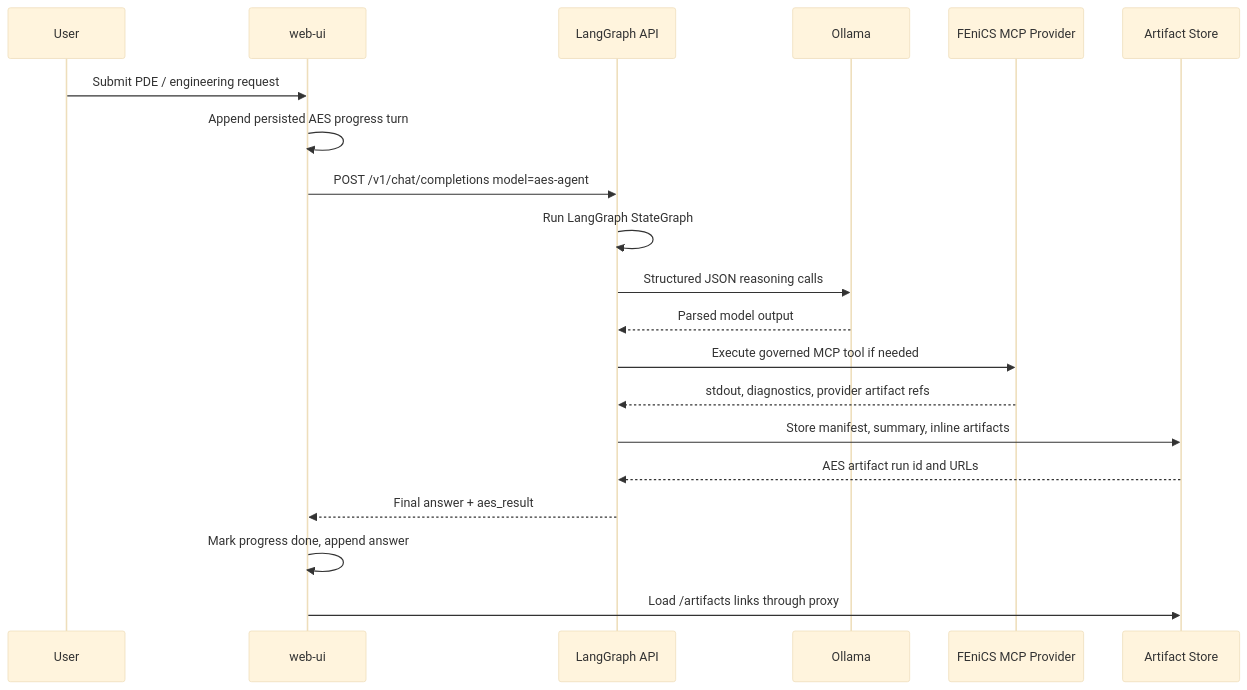
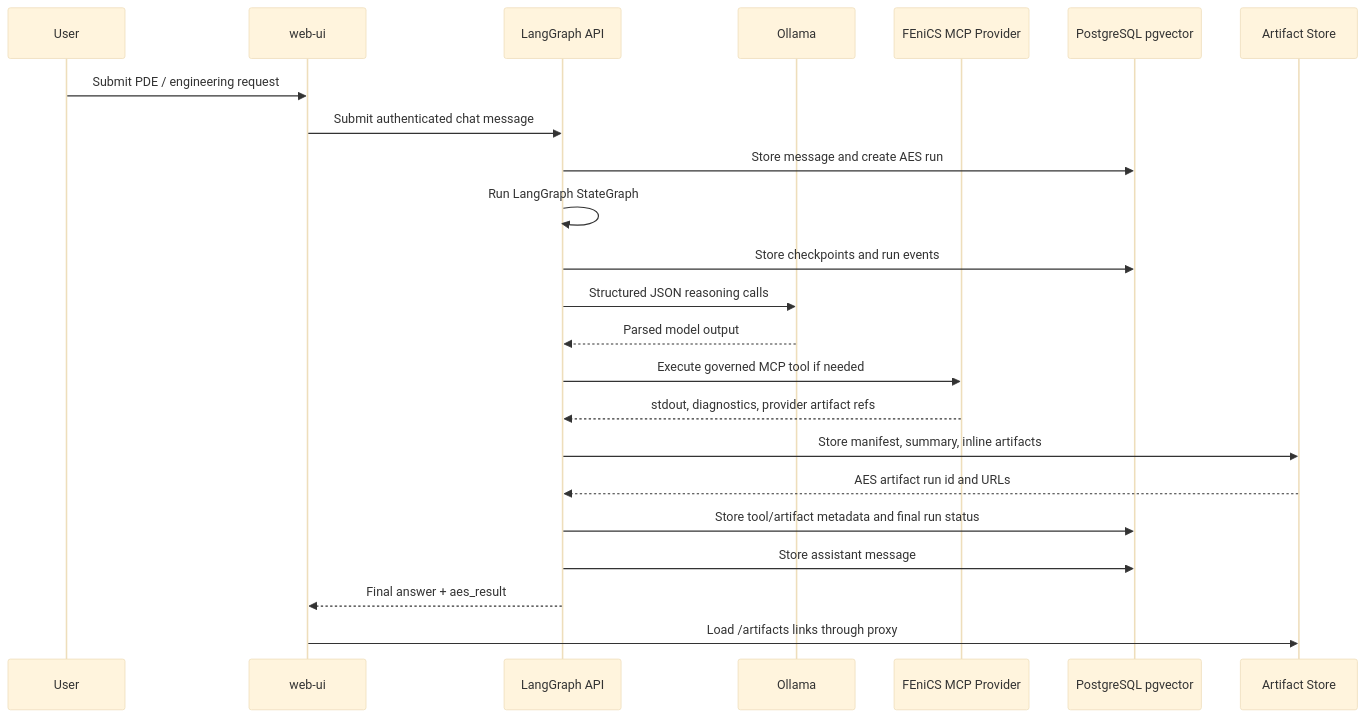
One commit to RadmirG/AES changed the fourth of 10 diagrams in docs/architecture.md. Above: the diagram before and after it, drawn with Mermaid (base theme). The commit also changed other lines of this file and 32 other files, not shown here.

````diff
--- a/docs/architecture.md
+++ b/docs/architecture.md
@@ -70,23 +103,26 @@
 ```mermaid
 sequenceDiagram
     participant User
     participant UI as web-ui
     participant LG as LangGraph API
     participant O as Ollama
     participant MCP as FEniCS MCP Provider
+    participant DB as PostgreSQL pgvector
     participant Store as Artifact Store
 
     User->>UI: Submit PDE / engineering request
-    UI->>UI: Append persisted AES progress turn
-    UI->>LG: POST /v1/chat/completions model=aes-agent
+    UI->>LG: Submit authenticated chat message
+    LG->>DB: Store message and create AES run
     LG->>LG: Run LangGraph StateGraph
+    LG->>DB: Store checkpoints and run events
     LG->>O: Structured JSON reasoning calls
     O-->>LG: Parsed model output
     LG->>MCP: Execute governed MCP tool if needed
     MCP-->>LG: stdout, diagnostics, provider artifact refs
     LG->>Store: Store manifest, summary, inline artifacts
     Store-->>LG: AES artifact run id and URLs
+    LG->>DB: Store tool/artifact metadata and final run status
+    LG->>DB: Store assistant message
     LG-->>UI: Final answer + aes_result
-    UI->>UI: Mark progress done, append answer
     UI->>Store: Load /artifacts links through proxy
 ```
````
